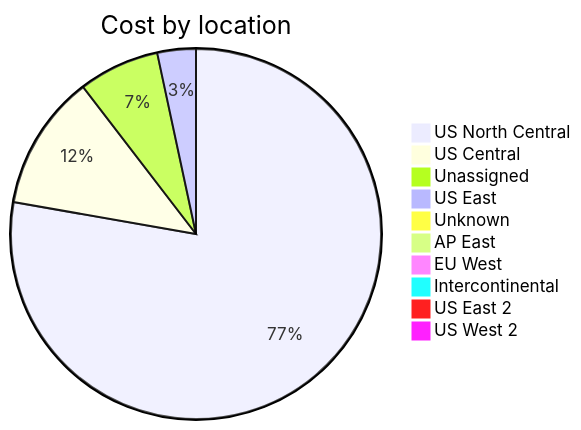
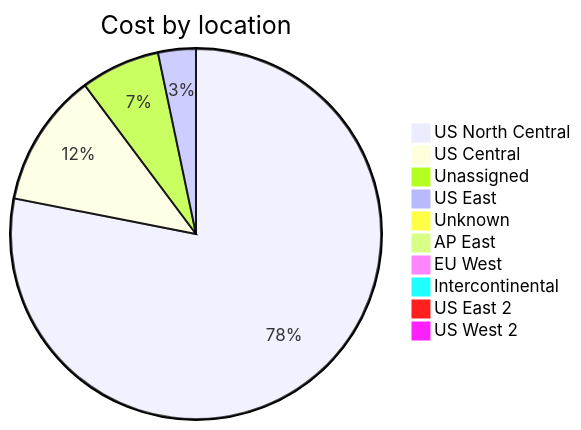
One commit to jpfulton/azure-personal-reports changed the third of 4 diagrams in cost-reports/accumulated-cost.md. Above: the diagram before and after it, drawn with Mermaid. The commit also changed other lines of this file and 3 other files, not shown here.

````diff
--- a/cost-reports/accumulated-cost.md
+++ b/cost-reports/accumulated-cost.md
@@ -132,14 +132,14 @@
 ```mermaid
 pie
    title Cost by location
-   "US North Central" : 128.10
-   "US Central" : 19.47
+   "US North Central" : 131.25
+   "US Central" : 19.67
    "Unassigned" : 11.63
    "US East" : 5.54
-   "Unknown" : 0.71
+   "Unknown" : 0.73
    "AP East" : 0.00
    "EU West" : 0.00
    "Intercontinental" : 0.00
    "US East 2" : 0.00
    "US West 2" : 0.00
 ```
````
